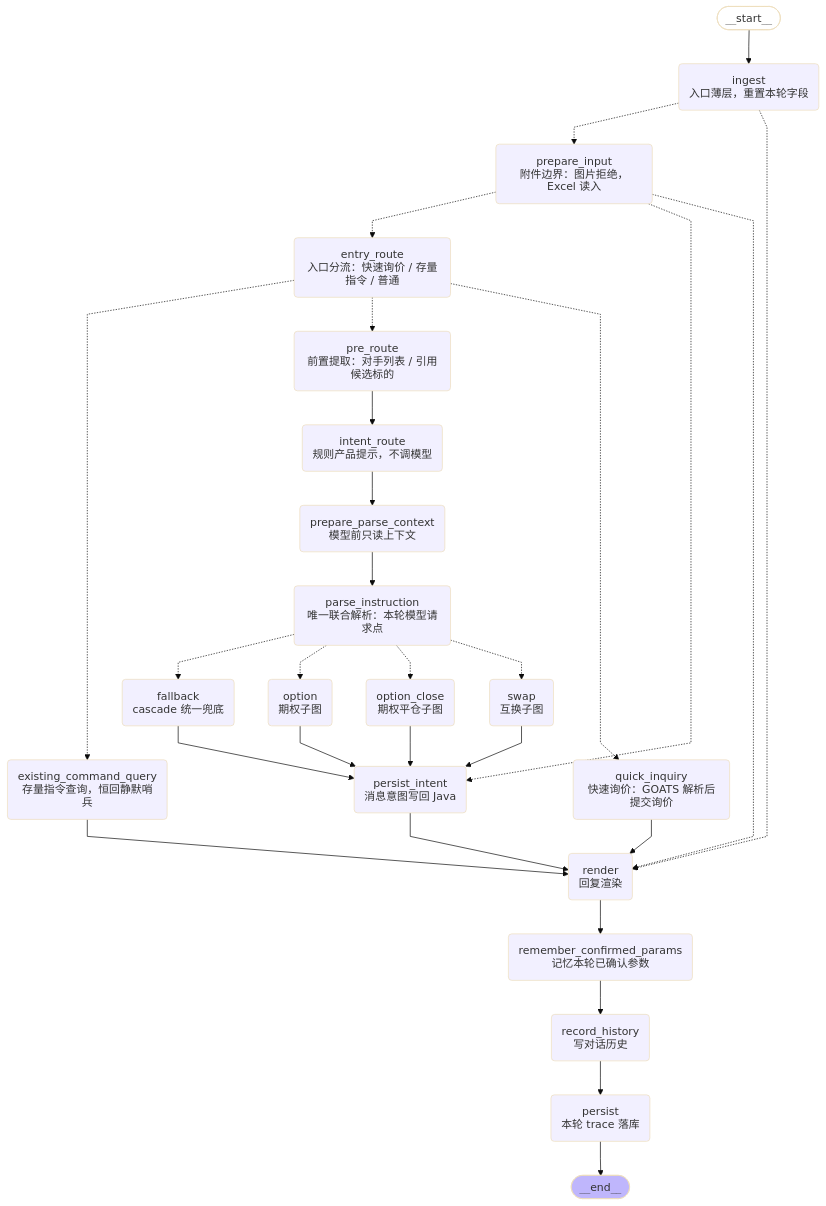
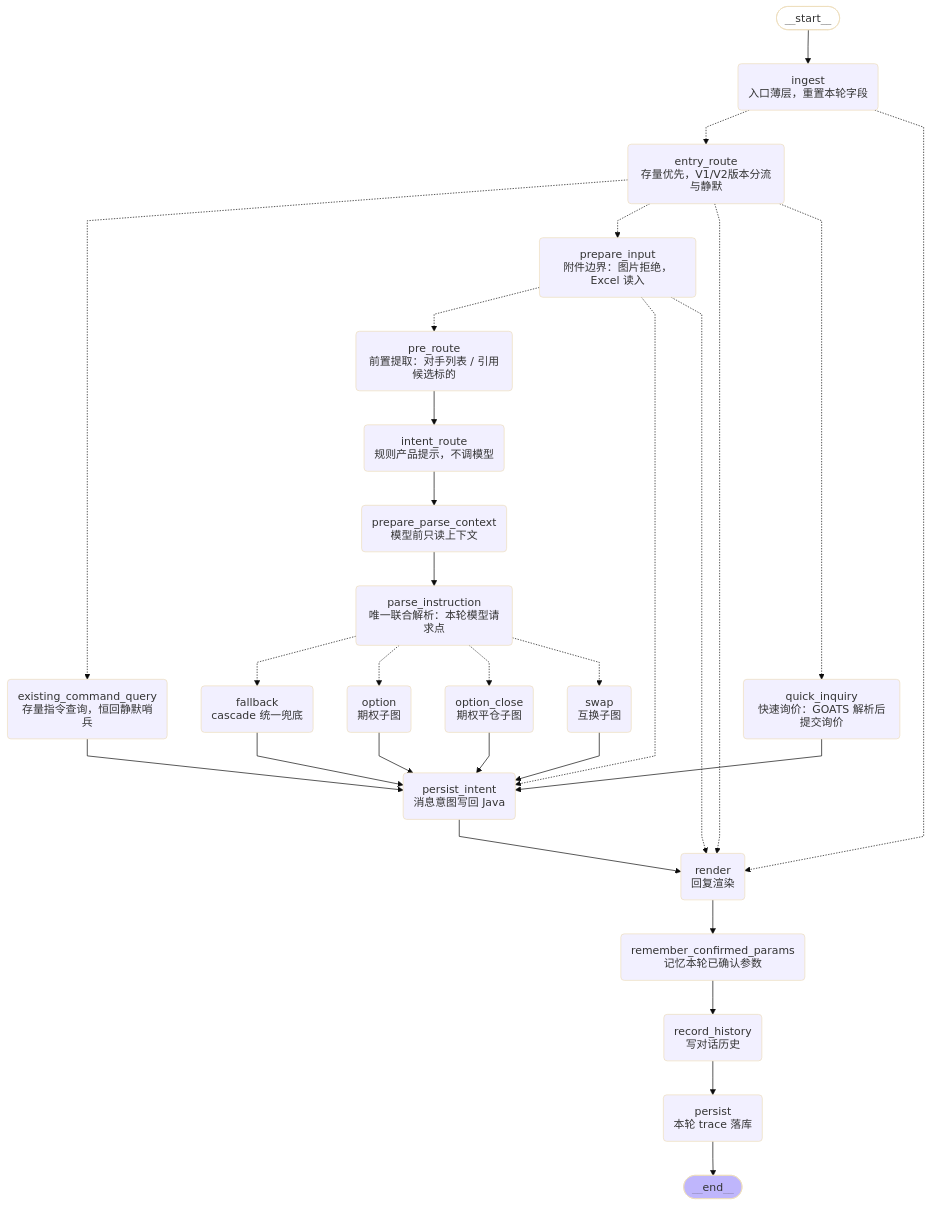
One commit to HXLoong/aigc-langgraph-main changed the diagram in docs/architecture/main-graph-flow.md. Above: the diagram before and after it, drawn with Mermaid (base theme). The commit also changed other lines of this file and 186 other files, not shown here.

First line of the commit message:
feat(graph,harness): 对齐 Dify 入口版本分流并收敛评测工具链

````diff
--- a/docs/architecture/main-graph-flow.md
+++ b/docs/architecture/main-graph-flow.md
@@ -7,58 +11,59 @@
 ```mermaid
 ---
 config:
   flowchart:
     curve: linear
 ---
 graph TD;
 	__start__([<p>__start__</p>]):::first
 	ingest(ingest<br/>入口薄层，重置本轮字段)
 	prepare_input(prepare_input<br/>附件边界：图片拒绝，Excel 读入)
-	entry_route(entry_route<br/>入口分流：快速询价 / 存量指令 / 普通)
+	entry_route(entry_route<br/>存量优先，V1/V2版本分流与静默)
 	quick_inquiry(quick_inquiry<br/>快速询价：GOATS 解析后提交询价)
 	existing_command_query(existing_command_query<br/>存量指令查询，恒回静默哨兵)
 	pre_route(pre_route<br/>前置提取：对手列表 / 引用候选标的)
 	intent_route(intent_route<br/>规则产品提示，不调模型)
 	parse_instruction(parse_instruction<br/>唯一联合解析：本轮模型请求点)
 	prepare_parse_context(prepare_parse_context<br/>模型前只读上下文)
 	swap(swap<br/>互换子图)
 	option(option<br/>期权子图)
 	option_close(option_close<br/>期权平仓子图)
 	fallback(fallback<br/>cascade 统一兜底)
 	render(render<br/>回复渲染)
 	persist_intent(persist_intent<br/>消息意图写回 Java)
 	persist(persist<br/>本轮 trace 落库)
 	remember_confirmed_params(remember_confirmed_params<br/>记忆本轮已确认参数)
 	record_history(record_history<br/>写对话历史)
 	__end__([<p>__end__</p>]):::last
 	__start__ --> ingest;
 	entry_route -.-> existing_command_query;
-	entry_route -.-> pre_route;
+	entry_route -.-> prepare_input;
+	entry_route -.-> render;
 	entry_route -.-> quick_inquiry;
-	existing_command_query --> render;
+	existing_command_query --> persist_intent;
 	fallback --> persist_intent;
-	ingest -.-> prepare_input;
+	ingest -.-> entry_route;
 	ingest -.-> render;
 	intent_route --> prepare_parse_context;
 	option --> persist_intent;
 	option_close --> persist_intent;
 	parse_instruction -.-> fallback;
 	parse_instruction -.-> option;
 	parse_instruction -.-> option_close;
 	parse_instruction -.-> swap;
 	persist_intent --> render;
 	pre_route --> intent_route;
-	prepare_input -.-> entry_route;
+	prepare_input -.-> pre_route;
 	prepare_input -.-> persist_intent;
 	prepare_input -.-> render;
 	prepare_parse_context --> parse_instruction;
-	quick_inquiry --> render;
+	quick_inquiry --> persist_intent;
 	record_history --> persist;
 	remember_confirmed_params --> record_history;
 	render --> remember_confirmed_params;
 	swap --> persist_intent;
 	persist --> __end__;
 	classDef default fill:#f2f0ff,line-height:1.2
 	classDef first fill-opacity:0
 	classDef last fill:#bfb6fc
 ```
````
